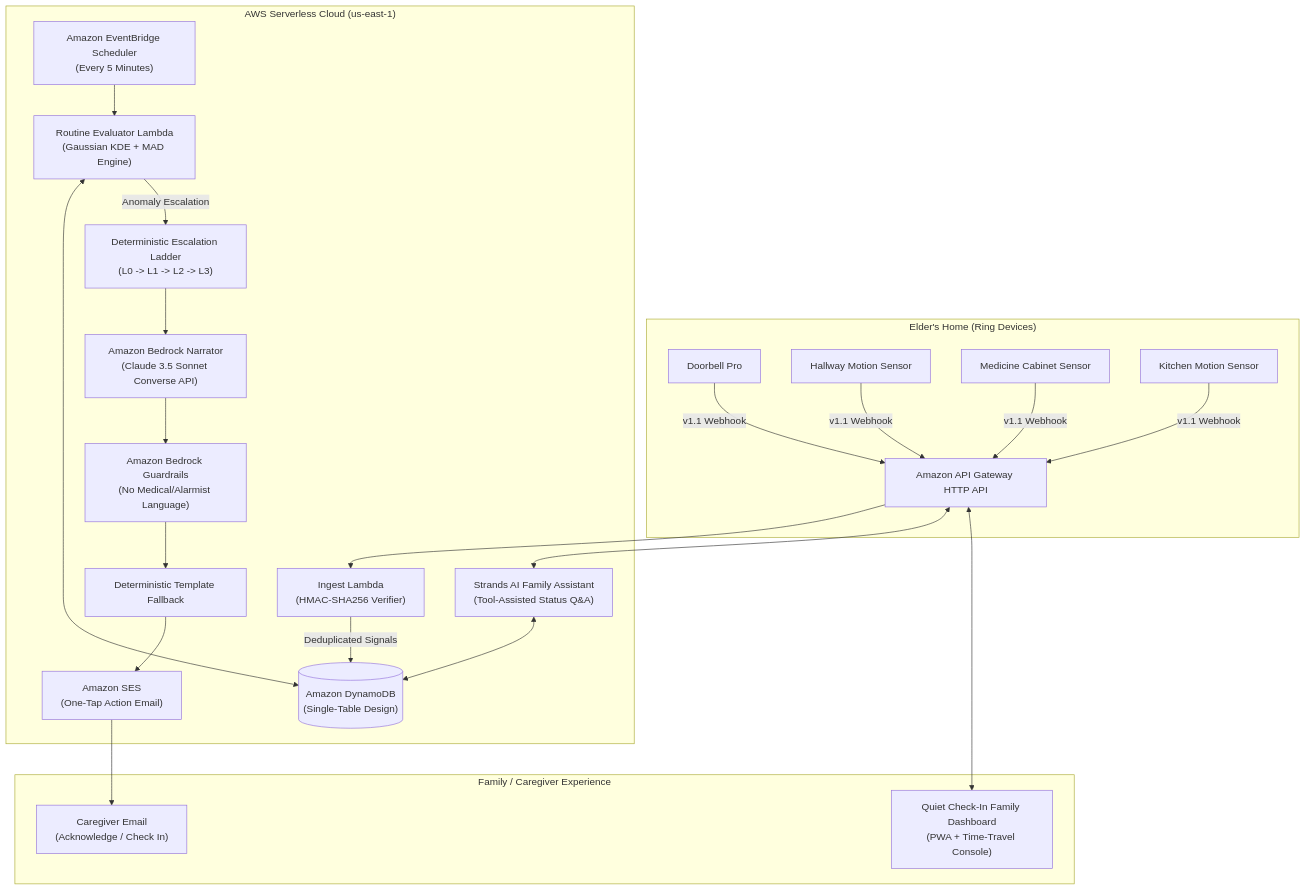
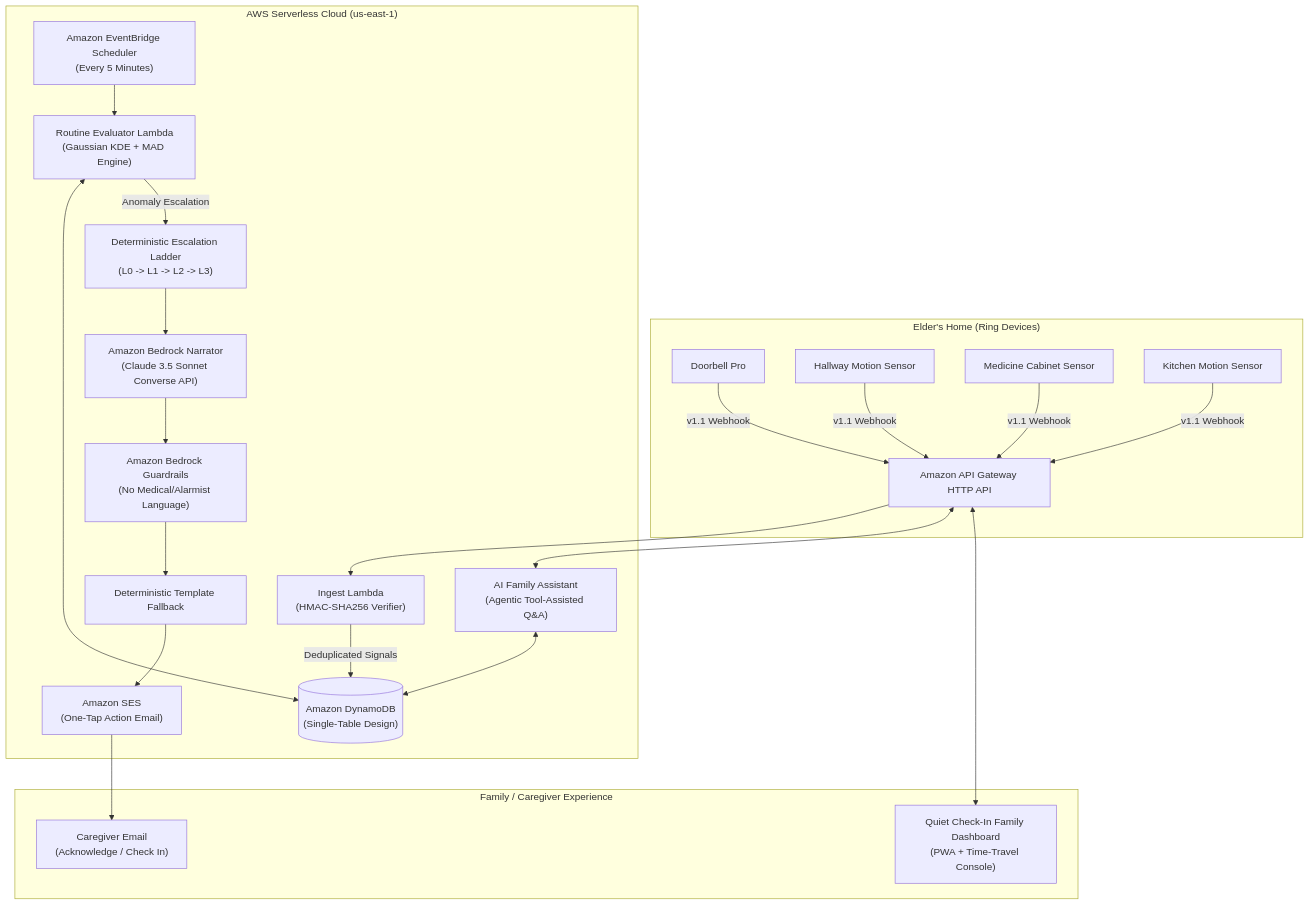
The diagram in README.md (Breakdown-10/quiet-check-in), drawn with Mermaid before and after one commit. The commit also changed other lines of this file and 33 other files, not shown here.

````diff
--- a/README.md
+++ b/README.md
@@ -36,33 +40,33 @@
 ```mermaid
 flowchart TD
     subgraph Ring Home ["Elder's Home (Ring Devices)"]
         D1["Doorbell Pro"] -->|v1.1 Webhook| API
         D2["Hallway Motion Sensor"] -->|v1.1 Webhook| API
         D3["Medicine Cabinet Sensor"] -->|v1.1 Webhook| API
         D4["Kitchen Motion Sensor"] -->|v1.1 Webhook| API
     end
 
     subgraph AWS ["AWS Serverless Cloud (us-east-1)"]
         API["Amazon API Gateway HTTP API"] --> Ingest["Ingest Lambda\n(HMAC-SHA256 Verifier)"]
         Ingest -->|Deduplicated Signals| DDB[("Amazon DynamoDB\n(Single-Table Design)")]
         
         Cron["Amazon EventBridge Scheduler\n(Every 5 Minutes)"] --> Evaluator["Routine Evaluator Lambda\n(Gaussian KDE + MAD Engine)"]
         Evaluator <--> DDB
         
         Evaluator -->|Anomaly Escalation| Escalator["Deterministic Escalation Ladder\n(L0 -> L1 -> L2 -> L3)"]
         
         Escalator --> Narrator["Amazon Bedrock Narrator\n(Claude 3.5 Sonnet Converse API)"]
         Narrator --> Guardrails["Amazon Bedrock Guardrails\n(No Medical/Alarmist Language)"]
         Guardrails --> Fallback["Deterministic Template Fallback"]
         
         Fallback --> SES["Amazon SES\n(One-Tap Action Email)"]
         
-        API <--> Assistant["Strands AI Family Assistant\n(Tool-Assisted Status Q&A)"]
+        API <--> Assistant["AI Family Assistant\n(Agentic Tool-Assisted Q&A)"]
         Assistant <--> DDB
     end
 
     subgraph Family ["Family / Caregiver Experience"]
         SES --> FamilyPhone["Caregiver Email\n(Acknowledge / Check In)"]
         API <--> PWA["Quiet Check-In Family Dashboard\n(PWA + Time-Travel Console)"]
     end
 ```
````
